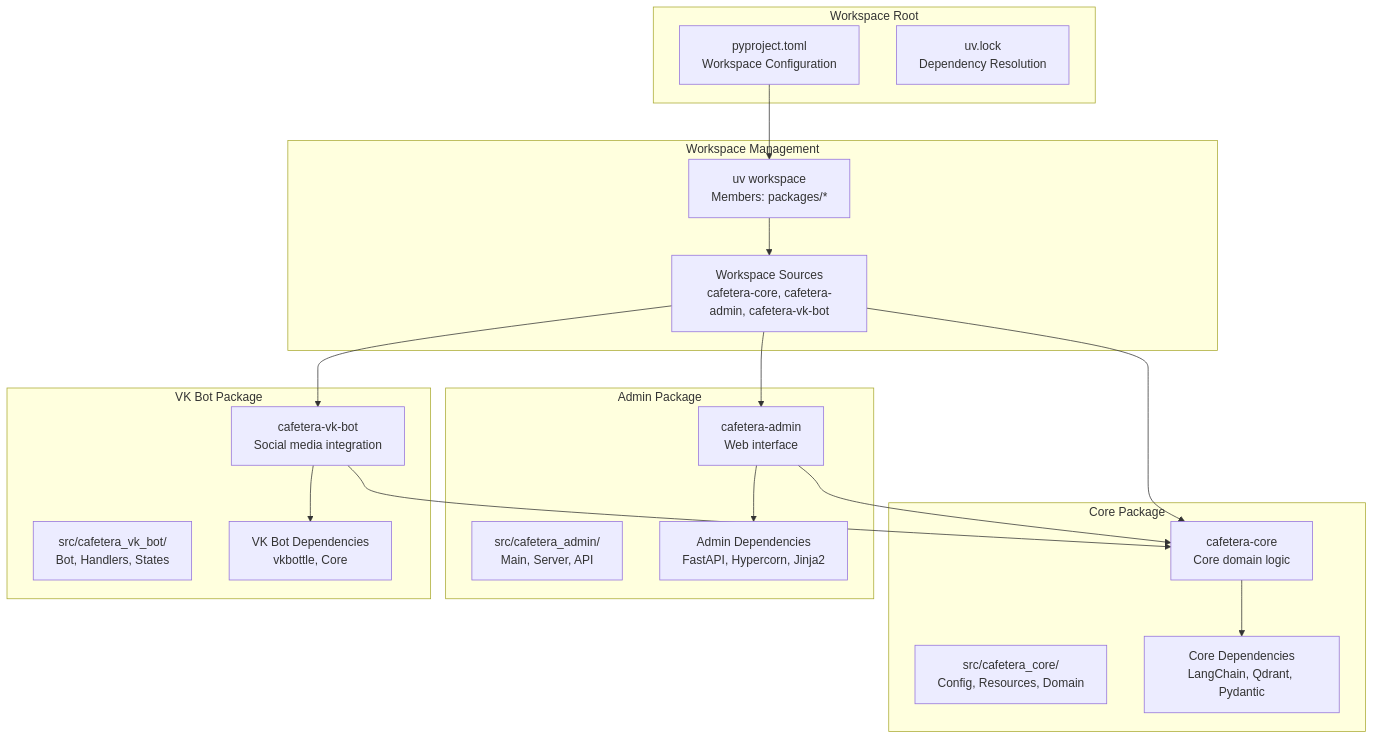
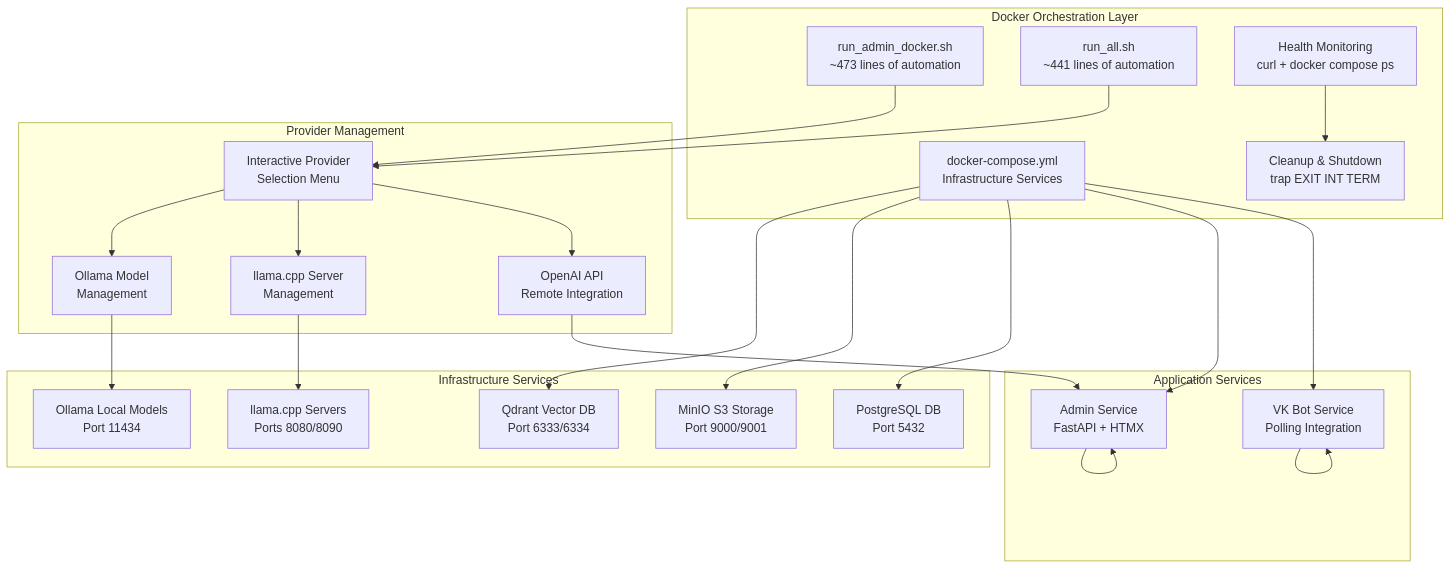
The diagram in .qoder/repowiki/en/content/Development Workflow/Development Workflow.md (ognelis/cafetera_hr_bot), drawn with Mermaid before and after one commit. The commit also changed other lines of this file and 51 other files, not shown here.

````diff
--- a/.qoder/repowiki/en/content/Development Workflow/Development Workflow.md
+++ b/.qoder/repowiki/en/content/Development Workflow/Development Workflow.md
@@ -86,36 +98,43 @@
 ```mermaid
 graph TB
-subgraph "Workspace Root"
-ROOT[pyproject.toml<br/>Workspace Configuration]
-LOCK[uv.lock<br/>Dependency Resolution]
+subgraph "Docker Orchestration Layer"
+COMPOSE[docker-compose.yml<br/>Infrastructure Services]
+ADMIN_DOCKER[run_admin_docker.sh<br/>~473 lines of automation]
+ALL_DOCKER[run_all.sh<br/>~441 lines of automation]
+ENDPOINTS[Health Monitoring<br/>curl + docker compose ps]
+CLEANUP[Cleanup & Shutdown<br/>trap EXIT INT TERM]
 end
-subgraph "Core Package"
-CORE_PKG[cafetera-core<br/>Core domain logic]
-CORE_SRC[src/cafetera_core/<br/>Config, Resources, Domain]
-CORE_DEPS[Core Dependencies<br/>LangChain, Qdrant, Pydantic]
+subgraph "Infrastructure Services"
+QDRANT[Qdrant Vector DB<br/>Port 6333/6334]
+MINIO[MinIO S3 Storage<br/>Port 9000/9001]
+POSTGRES[PostgreSQL DB<br/>Port 5432]
+OLLAMA[Ollama Local Models<br/>Port 11434]
+LLAMACPP[llama.cpp Servers<br/>Ports 8080/8090]
 end
-subgraph "Admin Package"
-ADMIN_PKG[cafetera-admin<br/>Web interface]
-ADMIN_SRC[src/cafetera_admin/<br/>Main, Server, API]
-ADMIN_DEPS[Admin Dependencies<br/>FastAPI, Hypercorn, Jinja2]
+subgraph "Application Services"
+ADMIN[Admin Service<br/>FastAPI + HTMX]
+VK_BOT[VK Bot Service<br/>Polling Integration]
 end
-subgraph "VK Bot Package"
-VK_PKG[cafetera-vk-bot<br/>Social media integration]
-VK_SRC[src/cafetera_vk_bot/<br/>Bot, Handlers, States]
-VK_DEPS[VK Bot Dependencies<br/>vkbottle, Core]
+subgraph "Provider Management"
+PROVIDER_SEL[Interactive Provider<br/>Selection Menu]
+OLLAMA_MAN[Ollama Model<br/>Management]
+LLAMACPP_MAN[llama.cpp Server<br/>Management]
+OPENAI_MAN[OpenAI API<br/>Remote Integration]
 end
-subgraph "Workspace Management"
-UV_WS[uv workspace<br/>Members: packages/*]
-WS_SOURCES[Workspace Sources<br/>cafetera-core, cafetera-admin, cafetera-vk-bot]
-end
-ROOT --> UV_WS
-UV_WS --> WS_SOURCES
-WS_SOURCES --> CORE_PKG
-WS_SOURCES --> ADMIN_PKG
-WS_SOURCES --> VK_PKG
-ADMIN_PKG --> CORE_PKG
-VK_PKG --> CORE_PKG
-CORE_PKG --> CORE_DEPS
-ADMIN_PKG --> ADMIN_DEPS
-VK_PKG --> VK_DEPS
+COMPOSE --> QDRANT
+COMPOSE --> MINIO
+COMPOSE --> POSTGRES
+COMPOSE --> ADMIN
+COMPOSE --> VK_BOT
+ADMIN_DOCKER --> PROVIDER_SEL
+ALL_DOCKER --> PROVIDER_SEL
+PROVIDER_SEL --> OLLAMA_MAN
+PROVIDER_SEL --> LLAMACPP_MAN
+PROVIDER_SEL --> OPENAI_MAN
+OLLAMA_MAN --> OLLAMA
+LLAMACPP_MAN --> LLAMACPP
+OPENAI_MAN --> ADMIN
+ADMIN --> ADMIN
+VK_BOT --> VK_BOT
+ENDPOINTS --> CLEANUP
 ```
````
